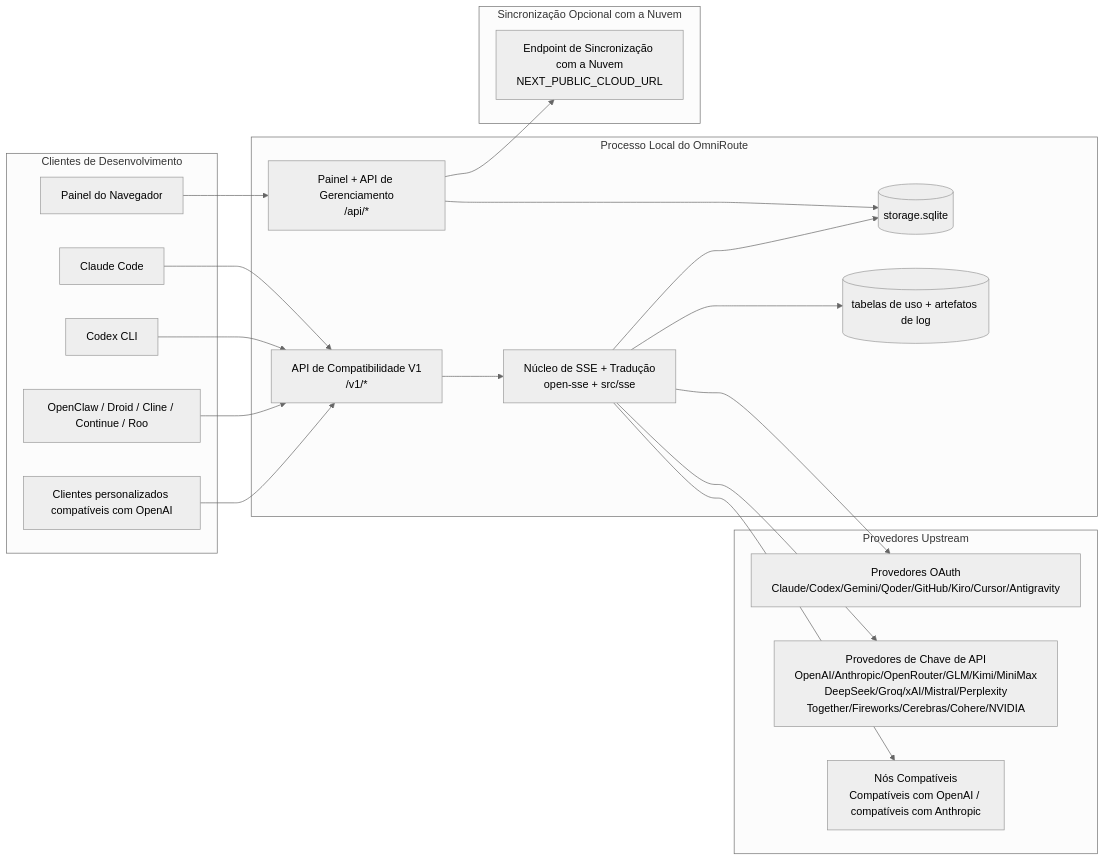
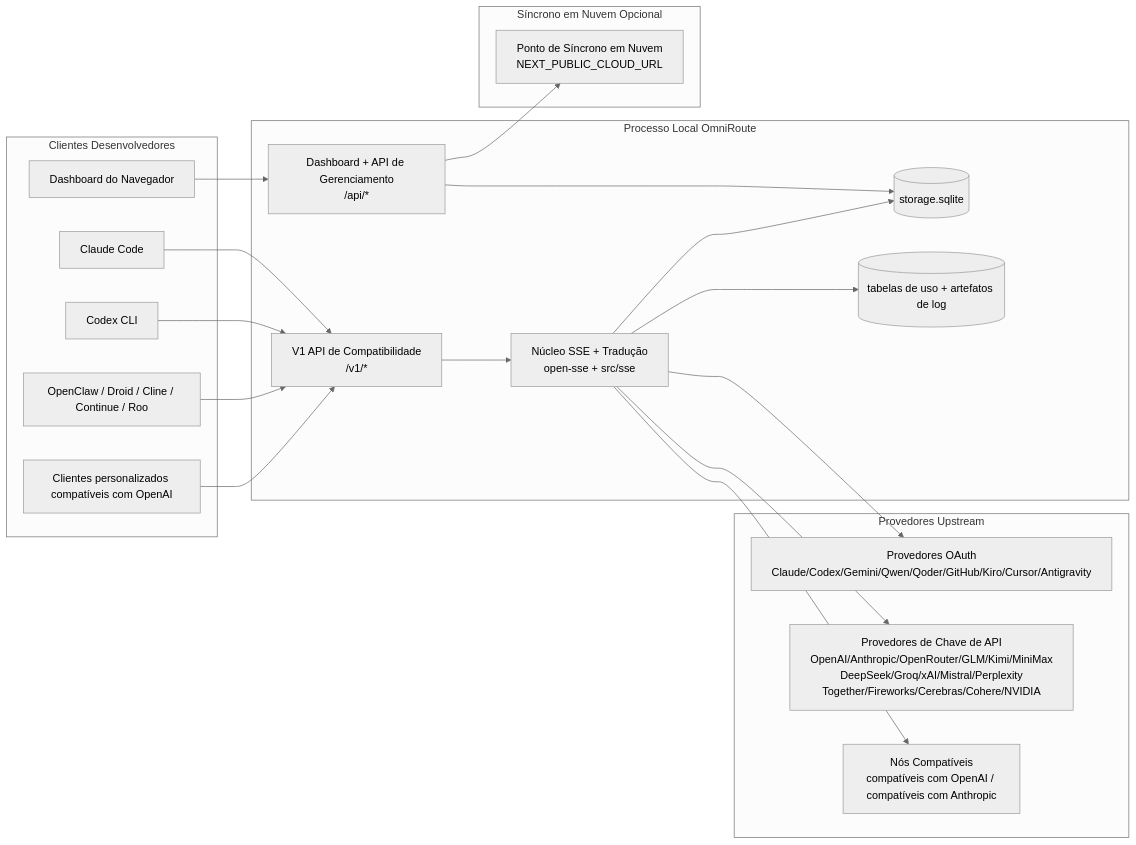
Before and after one commit to niyatna/NiyatnaRoute: the first of 7 diagrams in docs/i18n/pt-BR/docs/architecture/ARCHITECTURE.md, drawn with Mermaid (neutral theme). The commit also changed other lines of this file and 2447 other files, not shown here.

````diff
--- a/docs/i18n/pt-BR/docs/architecture/ARCHITECTURE.md
+++ b/docs/i18n/pt-BR/docs/architecture/ARCHITECTURE.md
@@ -157,45 +167,45 @@
 ```mermaid
 flowchart LR
-    subgraph Clients[Clientes de Desenvolvimento]
+    subgraph Clients[Clientes Desenvolvedores]
         C1[Claude Code]
         C2[Codex CLI]
         C3[OpenClaw / Droid / Cline / Continue / Roo]
         C4[Clientes personalizados compatíveis com OpenAI]
-        BROWSER[Painel do Navegador]
+        BROWSER[Dashboard do Navegador]
     end
 
-    subgraph Router[Processo Local do OmniRoute]
-        API[API de Compatibilidade V1\n/v1/*]
-        DASH[Painel + API de Gerenciamento\n/api/*]
-        CORE[Núcleo de SSE + Tradução\nopen-sse + src/sse]
+    subgraph Router[Processo Local OmniRoute]
+        API[V1 API de Compatibilidade\n/v1/*]
+        DASH[Dashboard + API de Gerenciamento\n/api/*]
+        CORE[Núcleo SSE + Tradução\nopen-sse + src/sse]
         DB[(storage.sqlite)]
         UDB[(tabelas de uso + artefatos de log)]
     end
 
     subgraph Upstreams[Provedores Upstream]
-        P1[Provedores OAuth\nClaude/Codex/Gemini/Qoder/GitHub/Kiro/Cursor/Antigravity]
+        P1[Provedores OAuth\nClaude/Codex/Gemini/Qwen/Qoder/GitHub/Kiro/Cursor/Antigravity]
         P2[Provedores de Chave de API\nOpenAI/Anthropic/OpenRouter/GLM/Kimi/MiniMax\nDeepSeek/Groq/xAI/Mistral/Perplexity\nTogether/Fireworks/Cerebras/Cohere/NVIDIA]
-        P3[Nós Compatíveis\nCompatíveis com OpenAI / compatíveis com Anthropic]
+        P3[Nós Compatíveis\ncompatíveis com OpenAI / compatíveis com Anthropic]
     end
 
-    subgraph Cloud[Sincronização Opcional com a Nuvem]
-        CLOUD[Endpoint de Sincronização com a Nuvem\nNEXT_PUBLIC_CLOUD_URL]
+    subgraph Cloud[Síncrono em Nuvem Opcional]
+        CLOUD[Ponto de Síncrono em Nuvem\nNEXT_PUBLIC_CLOUD_URL]
     end
 
     C1 --> API
     C2 --> API
     C3 --> API
     C4 --> API
     BROWSER --> DASH
 
     API --> CORE
     DASH --> DB
     CORE --> DB
     CORE --> UDB
 
     CORE --> P1
     CORE --> P2
     CORE --> P3
 
     DASH --> CLOUD
 ```
````
